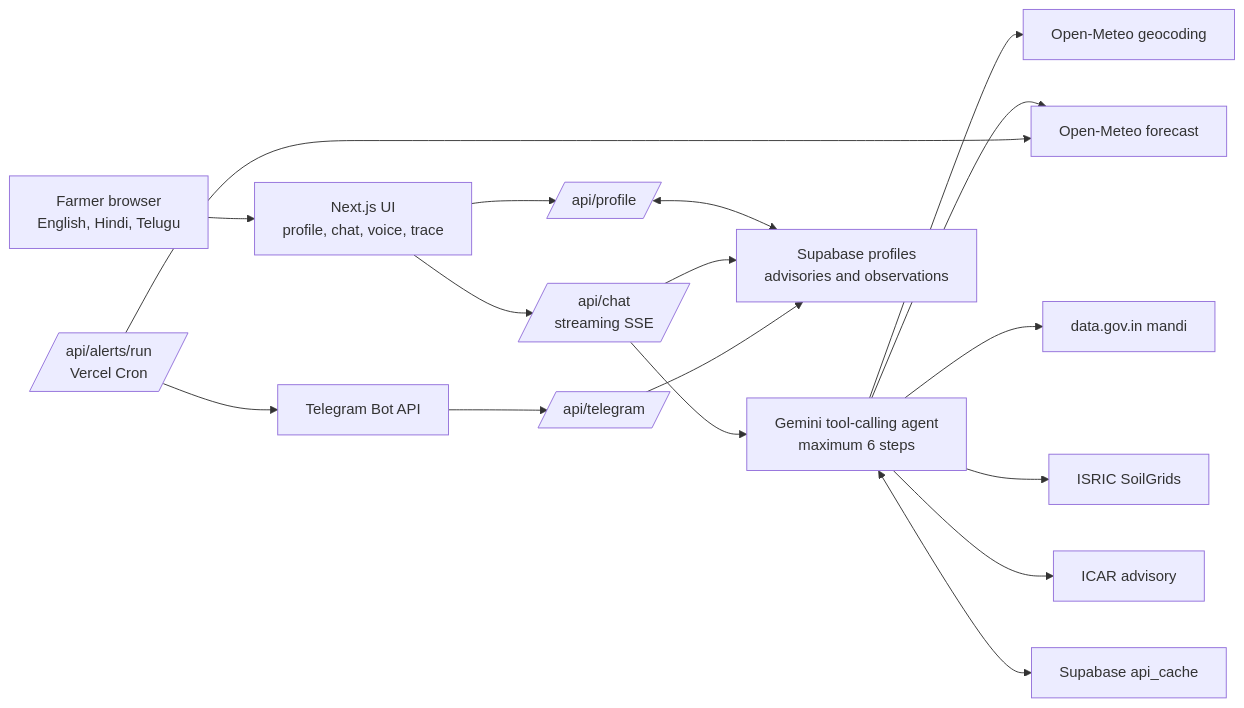
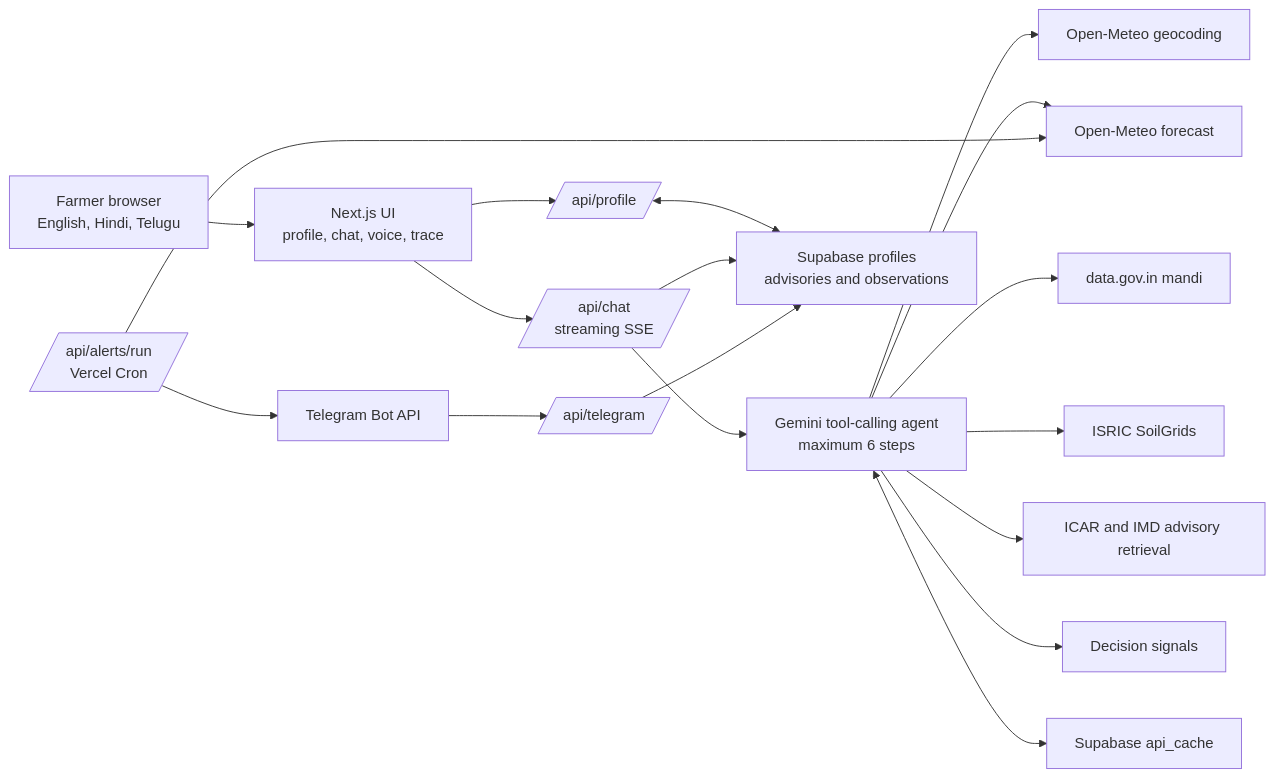
One commit to itsdeepak59/KisanPilot changed the diagram in README.md. Above: the diagram before and after it, drawn with Mermaid. The commit also changed other lines of this file and 5 other files, not shown here.

````diff
--- a/README.md
+++ b/README.md
@@ -39,19 +43,20 @@
 ```mermaid
 flowchart LR
   Farmer[Farmer browser\nEnglish, Hindi, Telugu] --> UI[Next.js UI\nprofile, chat, voice, trace]
   UI --> Chat[/api/chat\nstreaming SSE/]
   UI --> Profile[/api/profile/]
   Chat --> Agent[Gemini tool-calling agent\nmaximum 6 steps]
   Agent --> Geo[Open-Meteo geocoding]
   Agent --> Weather[Open-Meteo forecast]
   Agent --> Mandi[data.gov.in mandi]
   Agent --> Soil[ISRIC SoilGrids]
-  Agent --> ICAR[ICAR advisory]
+  Agent --> Advisory[ICAR and IMD advisory retrieval]
+  Agent --> Signals[Decision signals]
   Agent <--> Cache[Supabase api_cache]
   Profile <--> DB[Supabase profiles\nadvisories and observations]
   Chat --> DB
   Alerts[/api/alerts/run\nVercel Cron/] --> Weather
   Alerts --> Telegram[Telegram Bot API]
   Telegram --> Webhook[/api/telegram/]
   Webhook --> DB
 ```
````
